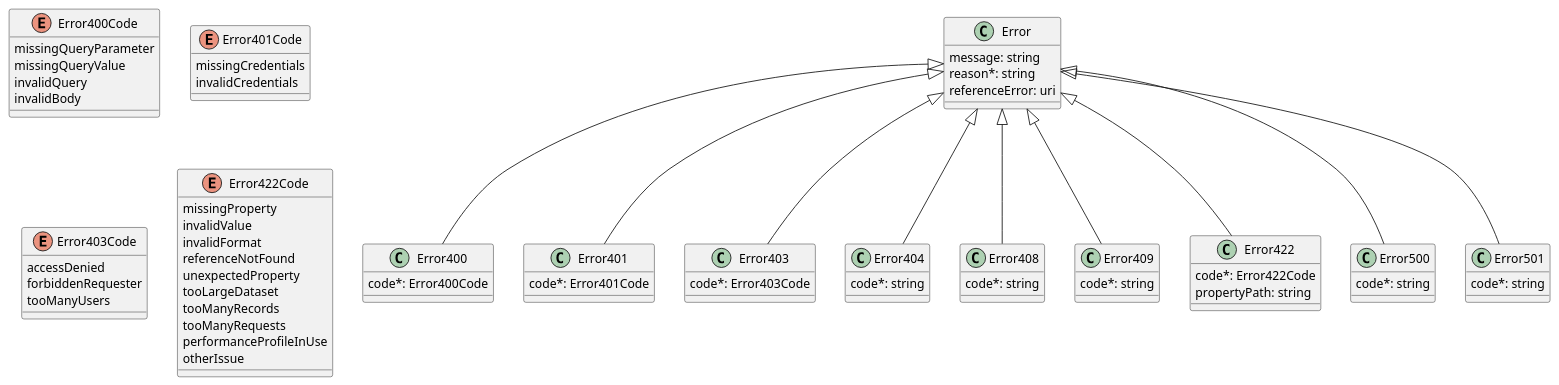
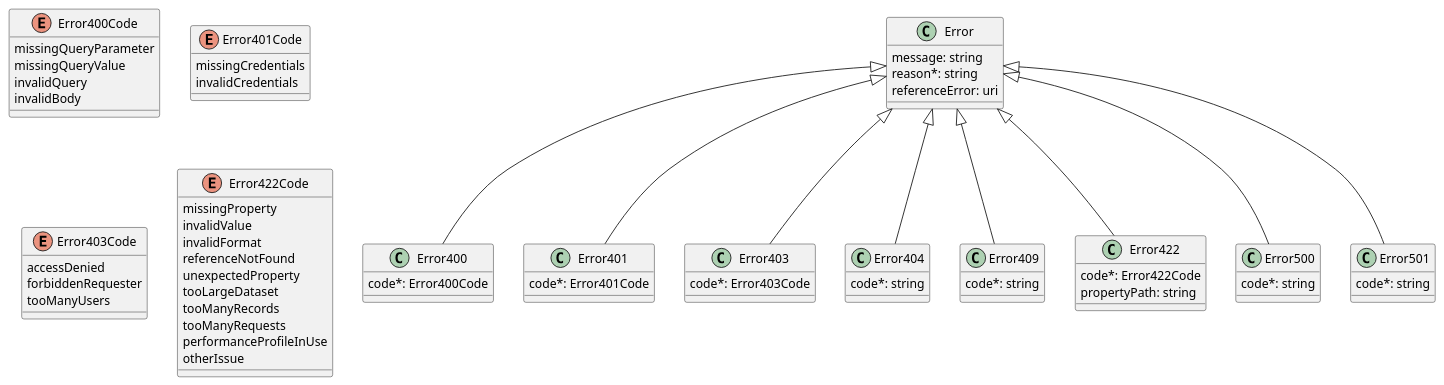
Before and after one commit to MEF-GIT/MEF-LSO-Interlude-SDK: the diagram in documentation/serviceApi/pm/performance/media/src/errorEntities.puml, drawn with PlantUML. The commit also changed 74 other files, not shown here.

```diff
--- a/documentation/serviceApi/pm/performance/media/src/errorEntities.puml
+++ b/documentation/serviceApi/pm/performance/media/src/errorEntities.puml
@@ -1,112 +1,106 @@
 @startuml errorEntities
 
 class Error {
 
     message: string
     reason*: string
     referenceError: uri
 }
 
 
 
 class Error400 {
 
     code*: Error400Code
 }
 Error <|-- Error400
 
 
 
 enum Error400Code {
 
     missingQueryParameter
     missingQueryValue
     invalidQuery
     invalidBody
 }
 class Error401 {
 
     code*: Error401Code
 }
 Error <|-- Error401
 
 
 
 enum Error401Code {
 
     missingCredentials
     invalidCredentials
 }
 class Error403 {
 
     code*: Error403Code
 }
 Error <|-- Error403
 
 
 
 enum Error403Code {
 
     accessDenied
     forbiddenRequester
     tooManyUsers
 }
 class Error404 {
 
     code*: string
 }
 Error <|-- Error404
 
-class Error408 {
-
-    code*: string
-}
-Error <|-- Error408
-
 class Error409 {
 
     code*: string
 }
 Error <|-- Error409
 
 
 
 class Error422 {
 
     code*: Error422Code
     propertyPath: string
 }
 Error <|-- Error422
 
 
 
 enum Error422Code {
 
     missingProperty
     invalidValue
     invalidFormat
     referenceNotFound
     unexpectedProperty
     tooLargeDataset
     tooManyRecords
     tooManyRequests
     performanceProfileInUse
     otherIssue
 }
 class Error500 {
 
     code*: string
 }
 Error <|-- Error500
 
 
 
 class Error501 {
 
     code*: string
 }
 Error <|-- Error501
 
 
 
 @enduml
```
